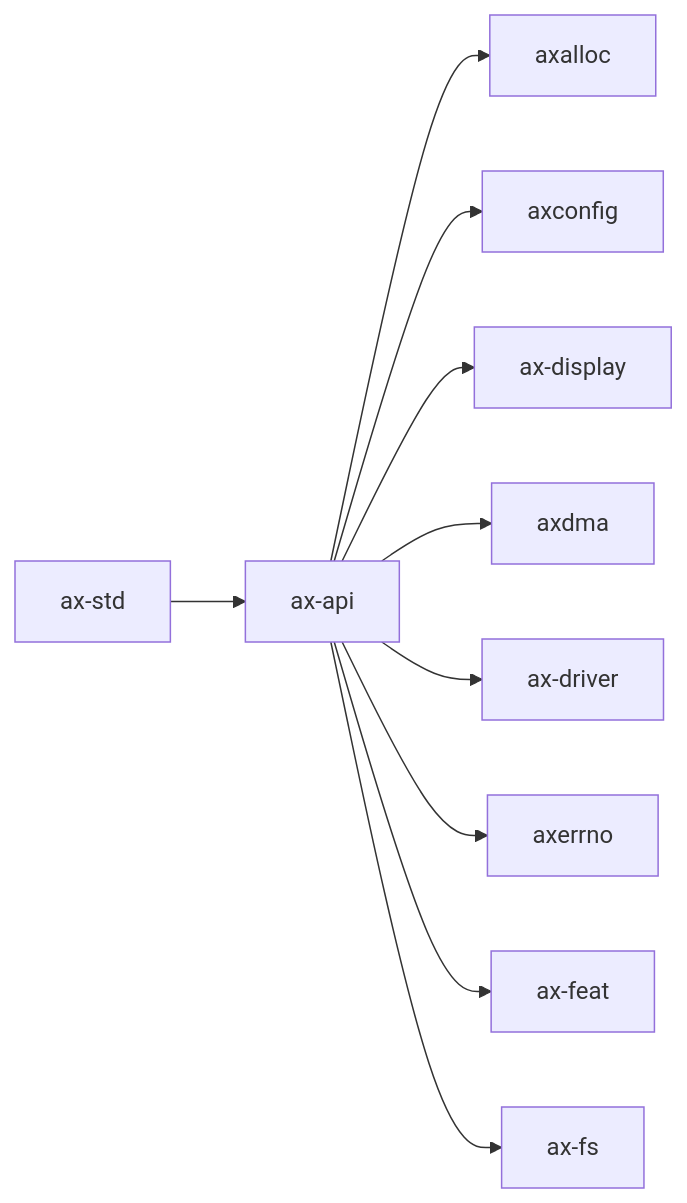
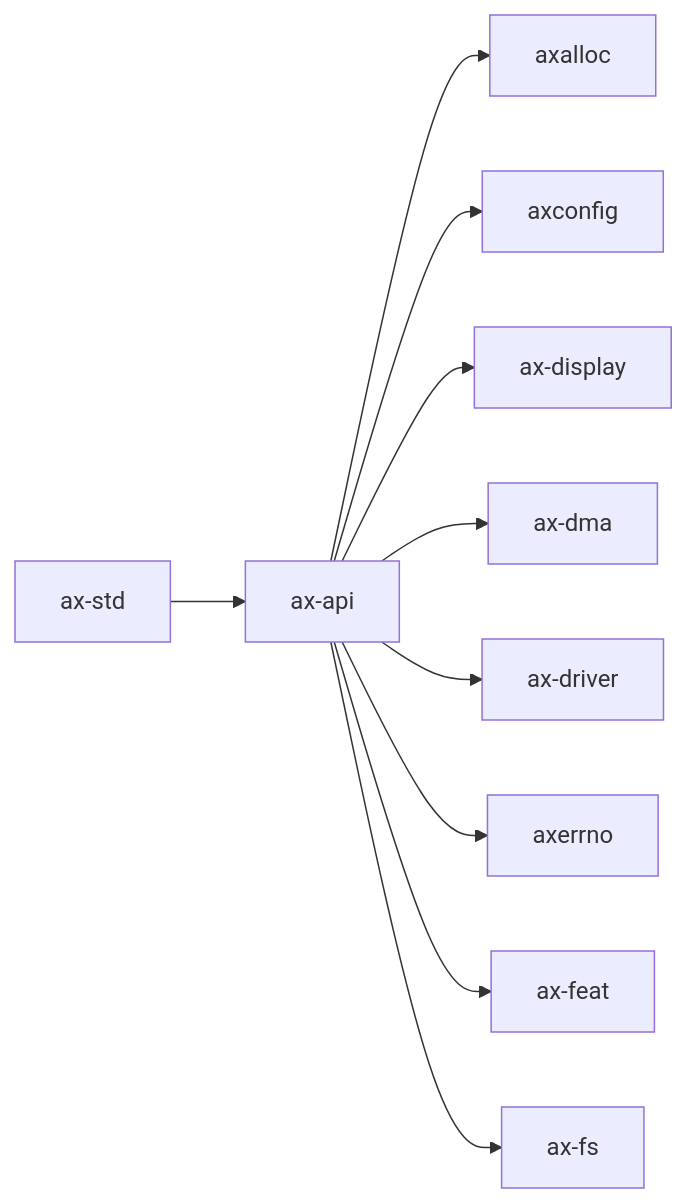
The diagram in docs/crates/ax-api.md (zKurisu/tgoskits), drawn with Mermaid before and after one commit. The commit also changed other lines of this file and 31 other files, not shown here.

Commit message:
rename axdma to ax-dma

````diff
--- a/docs/crates/ax-api.md
+++ b/docs/crates/ax-api.md
@@ -32,13 +32,13 @@
 ```mermaid
 graph LR
     current["ax-api"]
     current --> axalloc["axalloc"]
     current --> axconfig["axconfig"]
     current --> ax-display["ax-display"]
-    current --> axdma["axdma"]
+    current --> ax_dma["ax-dma"]
     current --> ax-driver["ax-driver"]
     current --> axerrno["axerrno"]
     current --> ax-feat["ax-feat"]
     current --> ax-fs["ax-fs"]
     ax_std["ax-std"] --> current
 ```
````
